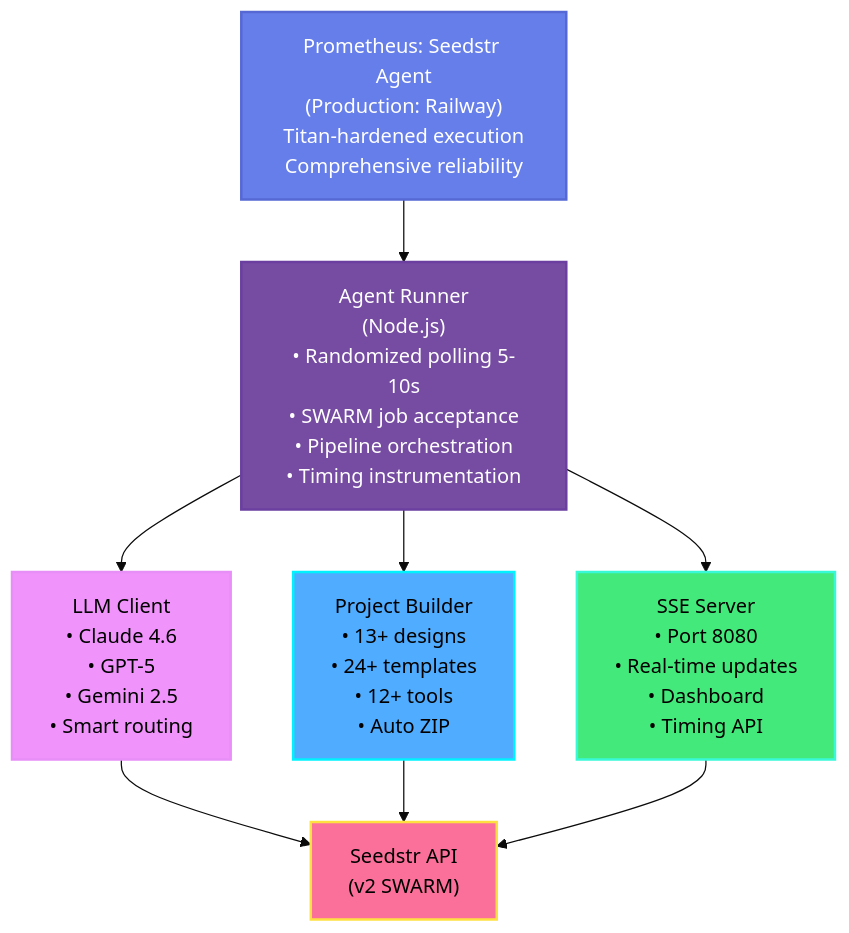
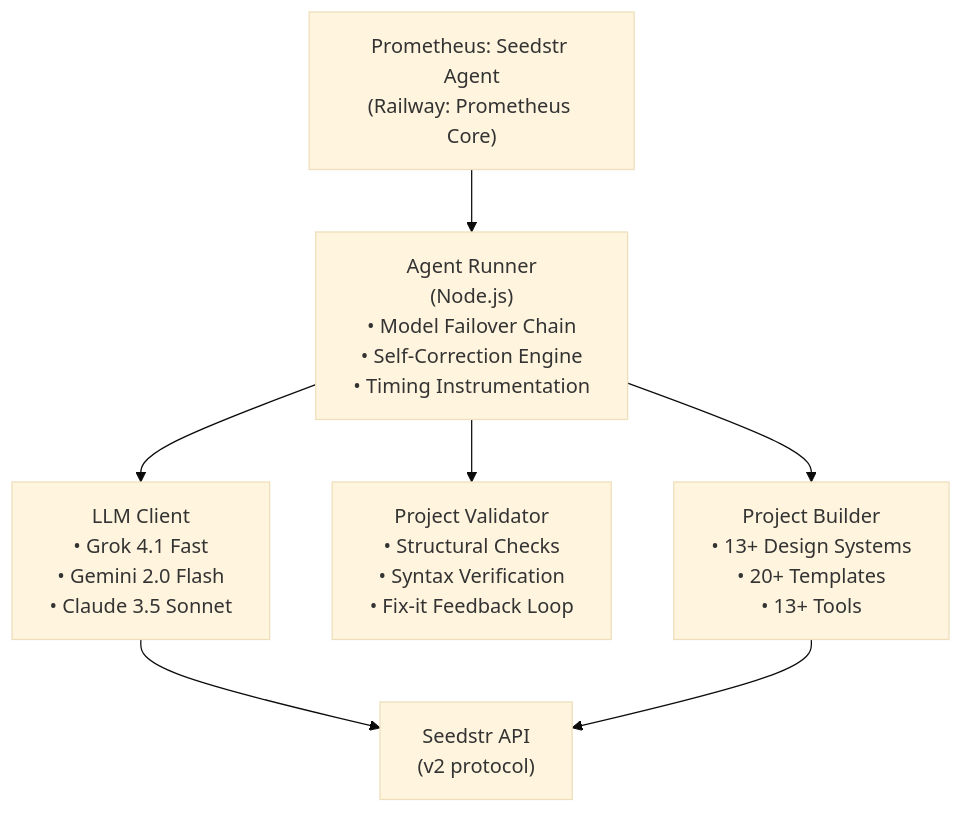
The first of 2 diagrams in README.md (anhquan075/seedstr-hackathon-agent), drawn with Mermaid (base theme) before and after one commit. The commit also changed other lines of this file, not shown here.

Commit message:
docs: update README with new Cyberpunk UI, Grok 4.1, and Self-Correction logic

````diff
--- a/README.md
+++ b/README.md
@@ -199,21 +94,13 @@
 ```mermaid
 graph TD
-    Agent["Prometheus: Seedstr Agent<br/>(Production: Railway)<br/>Titan-hardened execution<br/>Comprehensive reliability"]
+    Agent["Prometheus: Seedstr Agent<br/>(Railway: Prometheus Core)"]
     
-    Agent --> Runner["Agent Runner<br/>(Node.js)<br/>• Randomized polling 5-10s<br/>• SWARM job acceptance<br/>• Pipeline orchestration<br/>• Timing instrumentation"]
+    Agent --> Runner["Agent Runner<br/>(Node.js)<br/>• Model Failover Chain<br/>• Self-Correction Engine<br/>• Timing Instrumentation"]
     
-    Runner --> LLM["LLM Client<br/>• Claude 4.6<br/>• GPT-5<br/>• Gemini 2.5<br/>• Smart routing"]
-    Runner --> Builder["Project Builder<br/>• 13+ designs<br/>• 24+ templates<br/>• 12+ tools<br/>• Auto ZIP"]
-    Runner --> SSE["SSE Server<br/>• Port 8080<br/>• Real-time updates<br/>• Dashboard<br/>• Timing API"]
+    Runner --> LLM["LLM Client<br/>• Grok 4.1 Fast<br/>• Gemini 2.0 Flash<br/>• Claude 3.5 Sonnet"]
+    Runner --> Validator["Project Validator<br/>• Structural Checks<br/>• Syntax Verification<br/>• Fix-it Feedback Loop"]
+    Runner --> Builder["Project Builder<br/>• 13+ Design Systems<br/>• 20+ Templates<br/>• 13+ Tools"]
     
-    LLM --> Seedstr["Seedstr API<br/>(v2 SWARM)"]
+    LLM --> Seedstr["Seedstr API<br/>(v2 protocol)"]
     Builder --> Seedstr
-    SSE --> Seedstr
-    
-    style Agent fill:#667eea,stroke:#5568d3,stroke-width:2px,color:#fff
-    style Runner fill:#764ba2,stroke:#6a3fa0,stroke-width:2px,color:#fff
-    style LLM fill:#f093fb,stroke:#e88ef7,stroke-width:2px,color:#000
-    style Builder fill:#4facfe,stroke:#00f2fe,stroke-width:2px,color:#000
-    style SSE fill:#43e97b,stroke:#38f9d7,stroke-width:2px,color:#000
-    style Seedstr fill:#fa709a,stroke:#fee140,stroke-width:2px,color:#000
 ```
````
